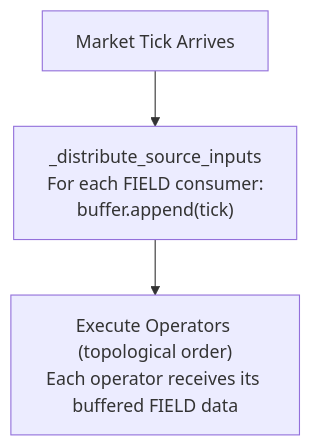
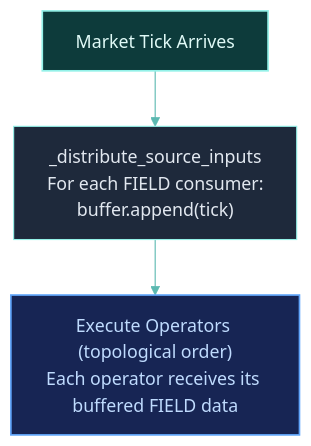
The diagram in engine/field-data-principle.mdx (Clypt/docs), drawn with Mermaid before and after one commit. The commit also changed other lines of this file and 73 other files, not shown here.

````diff
--- a/engine/field-data-principle.mdx
+++ b/engine/field-data-principle.mdx
@@ -65,6 +65,13 @@
 ```mermaid
+%%{init: {'theme': 'base', 'themeVariables': { 'primaryColor': '#1e293b', 'primaryTextColor': '#e2e8f0', 'primaryBorderColor': '#94F1E8', 'lineColor': '#5bb8b0', 'clusterBkg': '#0f172a', 'clusterBorder': '#1e3a3a', 'titleColor': '#94F1E8', 'edgeLabelBackground': 'transparent' }}}%%
 flowchart TB
+    classDef source fill:#0d3b3b,stroke:#94F1E8,stroke-width:1.5px,color:#e0faf7
+    classDef action fill:#172554,stroke:#60a5fa,stroke-width:1.5px,color:#bfdbfe
+
     Tick["Market Tick Arrives"]
     Tick --> Distribute["_distribute_source_inputs<br>For each FIELD consumer:<br>buffer.append(tick)"]
     Distribute --> Execute["Execute Operators (topological order)<br>Each operator receives its buffered FIELD data"]
+
+    class Tick source
+    class Execute action
 ```
````
